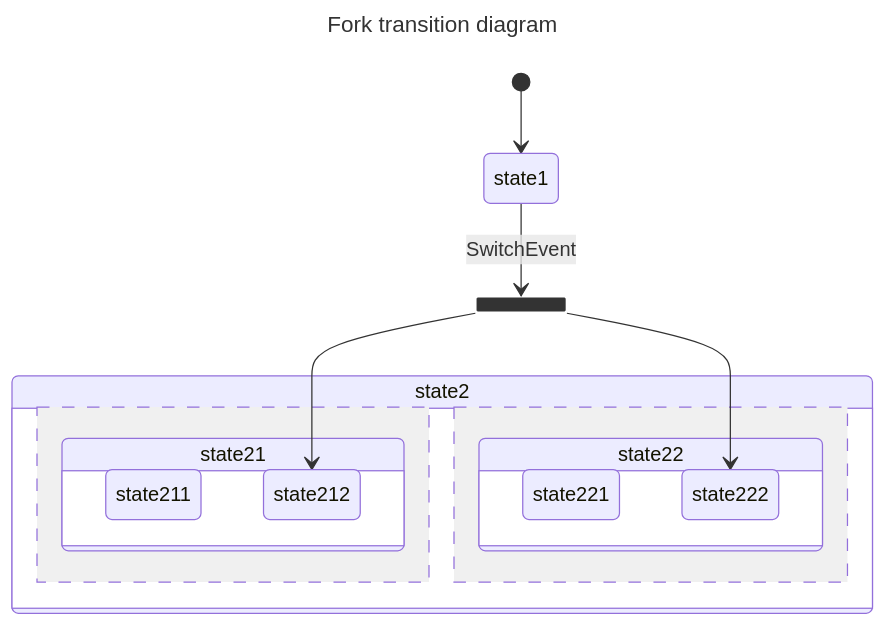
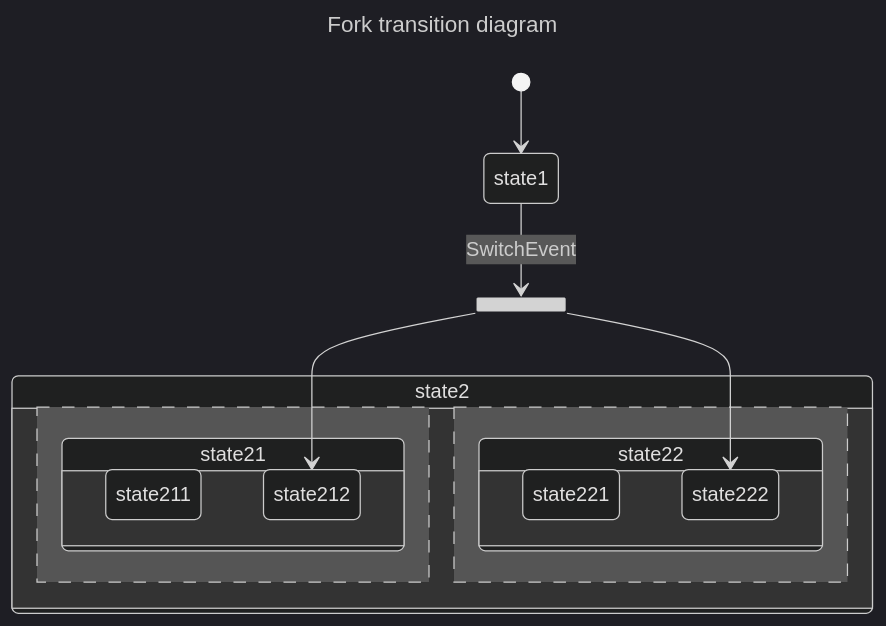
The second of 4 diagrams in docs/pages/transitions/transitions.md (KStateMachine/kstatemachine), drawn with Mermaid before and after one commit. The commit also changed other lines of this file and 2 other files, not shown here.

Commit message:
[docs] Use mermaid dark theme

````diff
--- a/docs/pages/transitions/transitions.md
+++ b/docs/pages/transitions/transitions.md
@@ -279,22 +280,23 @@
 ```mermaid
 ---
 title: Fork transition diagram
 ---
+%%{init: {'theme': 'dark'}}%%
 stateDiagram-v2
 state fork_state <<fork>>
 state state2 {
   state state21 {
     state211
     state212
   }
   --
   state state22 {
     state221
     state222
   }
 }
 [*] --> state1
 state1 --> fork_state : SwitchEvent
 fork_state --> state212
 fork_state --> state222
 ```
````
